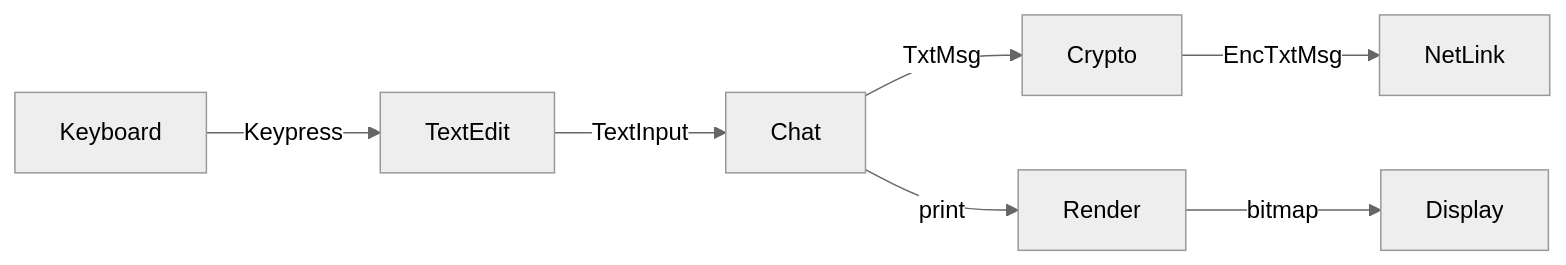
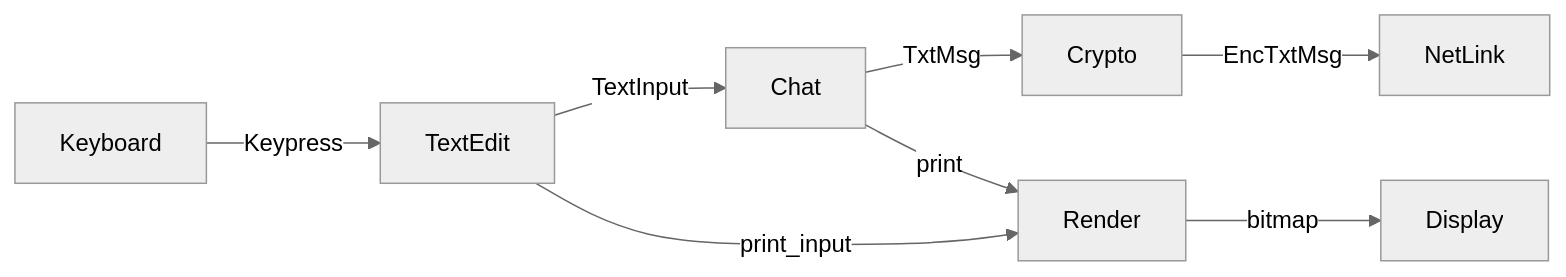
Before and after one commit to fluffy/bare-rust: the second of 6 diagrams in Architecture.md, drawn with Mermaid (neutral theme). The commit also changed 4 other files, not shown here.

````diff
--- a/Architecture.md
+++ b/Architecture.md
@@ -59,9 +59,10 @@
 ```mermaid
 flowchart LR
     A[Keyboard] -->|Keypress| B[TextEdit]
     B -->|TextInput| C[Chat]
     C -->|TxtMsg| D[Crypto]
+    B -->|print_input| J[Render]
     D -->|EncTxtMsg| F[NetLink]
     C -->|print| J[Render]
     J -->|bitmap| K[Display]
 ```
````
